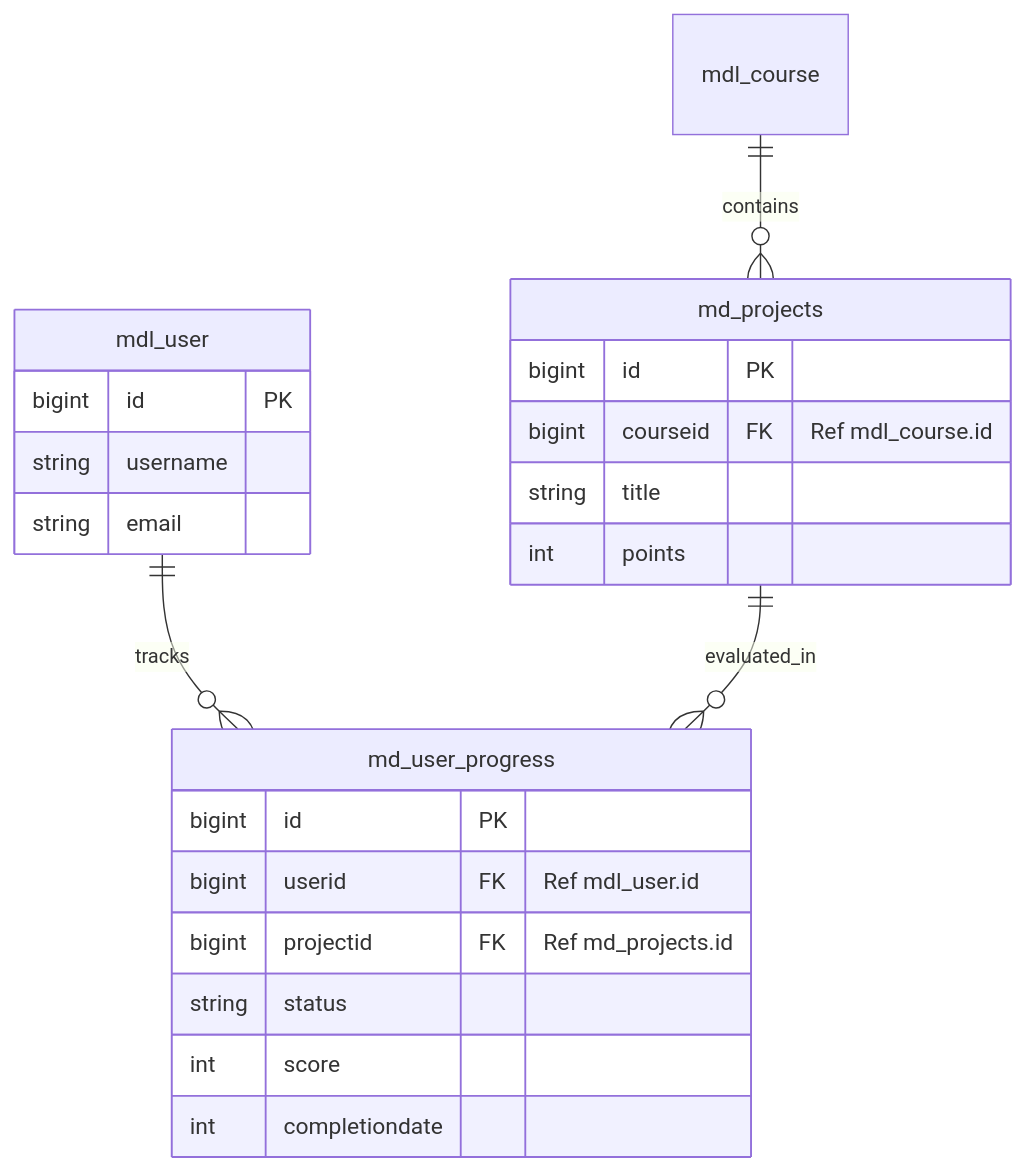
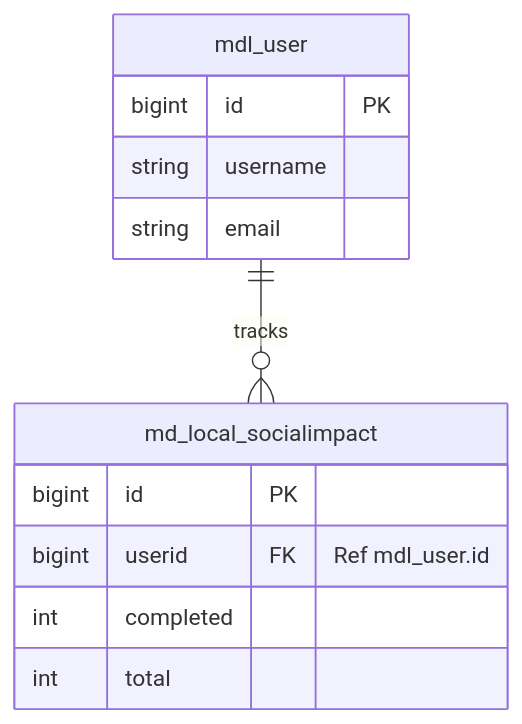
Before and after one commit to thapa8sabin/moodle-react-social-impact: the diagram in design.md, drawn with Mermaid. The commit also changed other lines of this file and 5 other files, not shown here.

Commit message:
improved: design, added local_socialimpact plugin: lesson progress web services based on snippet example

````diff
--- a/design.md
+++ b/design.md
@@ -165,28 +151,17 @@
 ```mermaid
 erDiagram
-    mdl_user ||--o{ md_user_progress : "tracks"
-    mdl_course ||--o{ md_projects : "contains"
-    md_projects ||--o{ md_user_progress : "evaluated_in"
+    mdl_user ||--o{ md_local_socialimpact : "tracks"
 
     mdl_user {
         bigint id PK
         string username
         string email
     }
 
-    md_projects {
-        bigint id PK
-        bigint courseid FK "Ref mdl_course.id"
-        string title
-        int points
-    }
-
-    md_user_progress {
+    md_local_socialimpact {
         bigint id PK
         bigint userid FK "Ref mdl_user.id"
-        bigint projectid FK "Ref md_projects.id"
-        string status
-        int score
-        int completiondate
+        int completed
+        int total
     }
 ```
````
